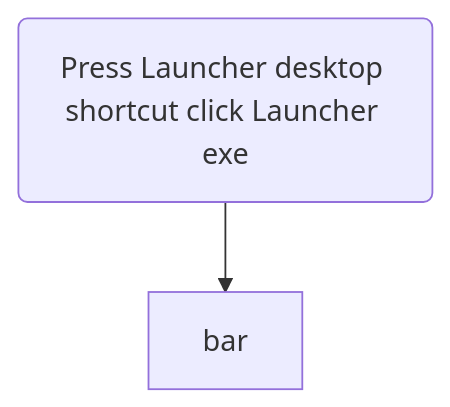
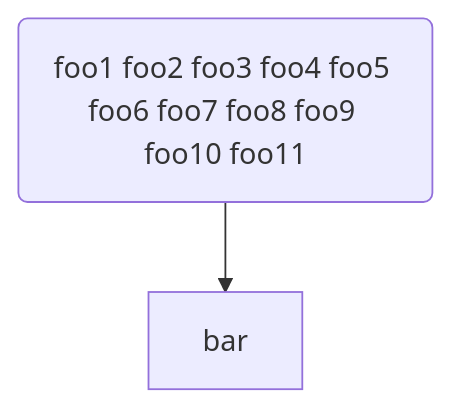
Diagram 16 of 16 in sandbox/MerMaid_diagram_integration.md (funjobie/OpenSwordArtsVR), drawn with Mermaid before and after one commit. The commit also changed other lines of this file, not shown here.

Commit message:
refine troubleshooting example

````diff
--- a/sandbox/MerMaid_diagram_integration.md
+++ b/sandbox/MerMaid_diagram_integration.md
@@ -205,4 +205,4 @@
 ```mermaid
 flowchart TD
-    foo(Press Launcher desktop shortcut click Launcher exe) --> bar
+    foo(foo1 foo2 foo3 foo4 foo5 foo6 foo7 foo8 foo9 foo10 foo11) --> bar
 ```
````
